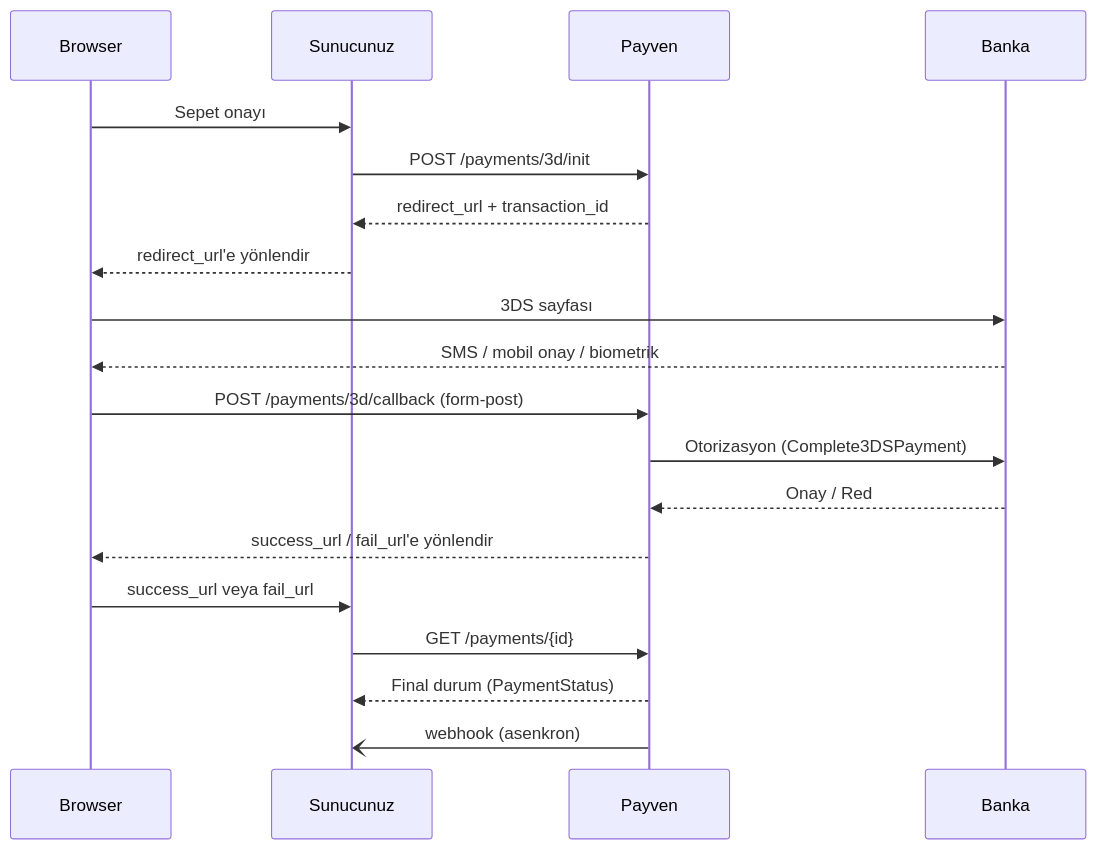
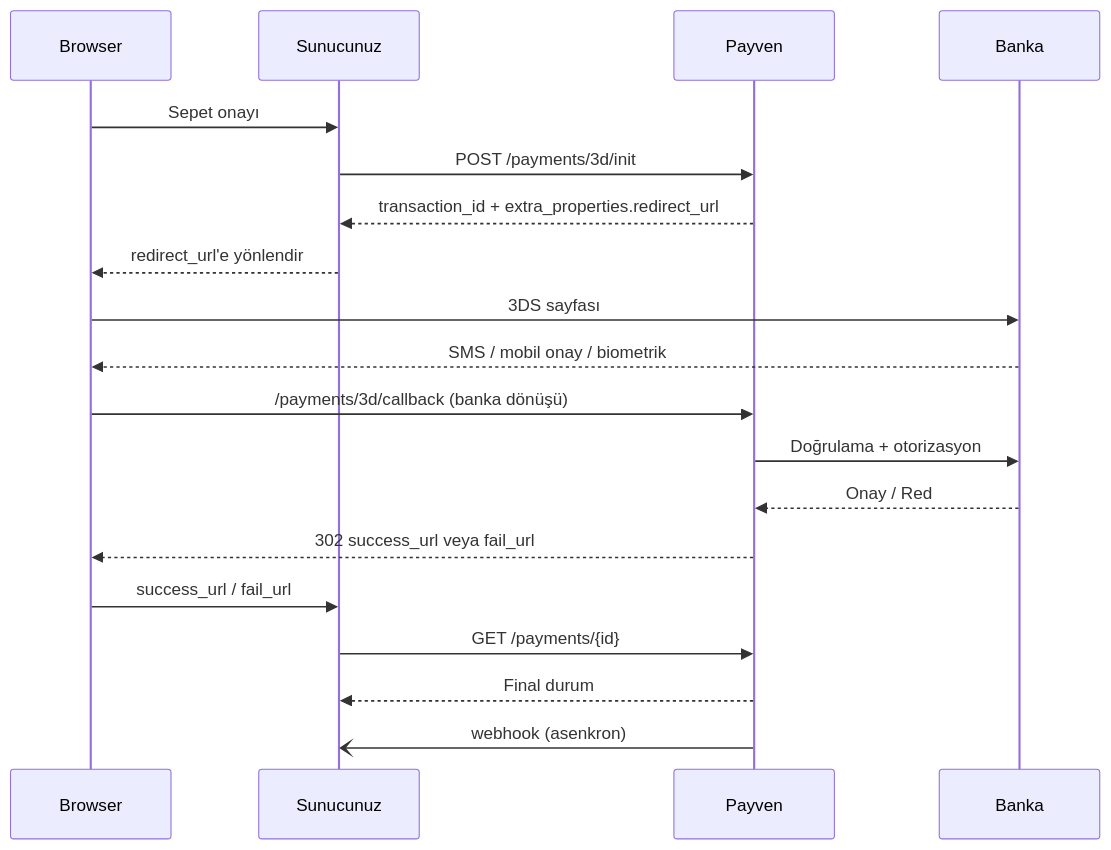
One commit to payment-pos/mintlify changed the first of 2 diagrams in sanal-pos/payments/3d-secure.mdx. Above: the diagram before and after it, drawn with Mermaid. The commit also changed other lines of this file and 135 other files, not shown here.

````diff
--- a/sanal-pos/payments/3d-secure.mdx
+++ b/sanal-pos/payments/3d-secure.mdx
@@ -10,22 +10,22 @@
 ```mermaid
 sequenceDiagram
     participant Browser
     participant App as Sunucunuz
     participant Payven
     participant Bank as Banka
 
     Browser->>App: Sepet onayı
     App->>Payven: POST /payments/3d/init
-    Payven-->>App: redirect_url + transaction_id
+    Payven-->>App: transaction_id + extra_properties.redirect_url
     App-->>Browser: redirect_url'e yönlendir
     Browser->>Bank: 3DS sayfası
     Bank-->>Browser: SMS / mobil onay / biometrik
-    Browser->>Payven: POST /payments/3d/callback (form-post)
-    Payven->>Bank: Otorizasyon (Complete3DSPayment)
+    Browser->>Payven: /payments/3d/callback (banka dönüşü)
+    Payven->>Bank: Doğrulama + otorizasyon
     Bank-->>Payven: Onay / Red
-    Payven-->>Browser: success_url / fail_url'e yönlendir
-    Browser->>App: success_url veya fail_url
+    Payven-->>Browser: 302 success_url veya fail_url
+    Browser->>App: success_url / fail_url
     App->>Payven: GET /payments/{id}
-    Payven-->>App: Final durum (PaymentStatus)
+    Payven-->>App: Final durum
     Payven-)App: webhook (asenkron)
 ```
````
